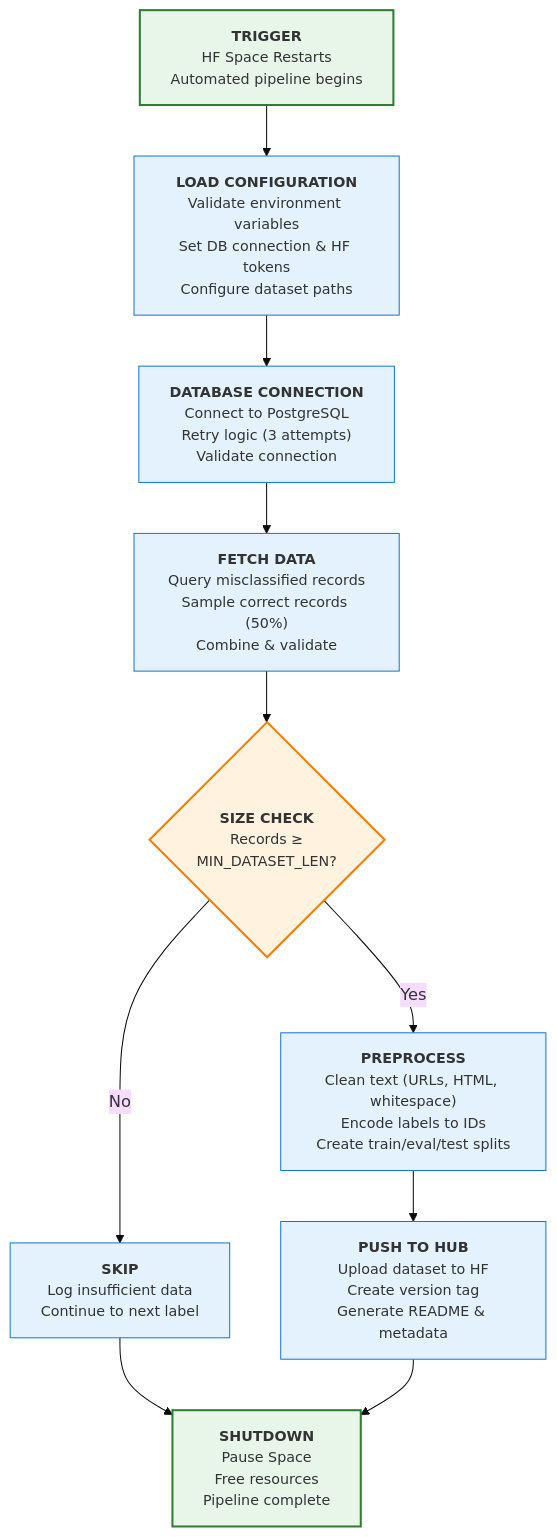
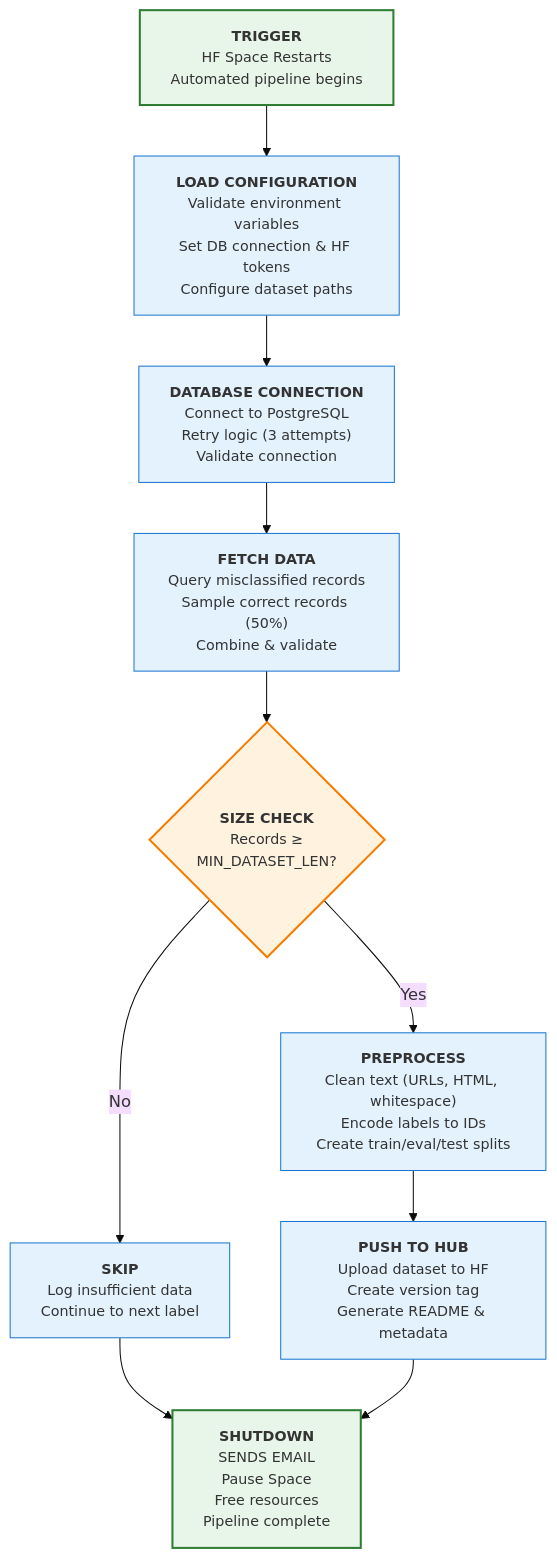
The first of 2 diagrams in docs/prepare_dataset.md (fuseai-fellowship/Sambodhan-AI-Powered-Grievance-Redressal-System-for-Local-Governance), drawn with Mermaid (base theme) before and after one commit. The commit also changed other lines of this file, not shown here.

````diff
--- a/docs/prepare_dataset.md
+++ b/docs/prepare_dataset.md
@@ -43,46 +45,46 @@
 ```mermaid
 flowchart TD
     %% Styling
     classDef processStyle fill:#e3f2fd,stroke:#1976d2,stroke-width:1px,font-size:14px
     classDef decisionStyle fill:#fff3e0,stroke:#f57c00,stroke-width:2px,font-size:14px
     classDef infraStyle fill:#e8f5e9,stroke:#2e7d32,stroke-width:2px,font-size:14px
     
     %% Nodes
     SpaceRestart["<b>TRIGGER</b><br/>HF Space Restarts<br/>Automated pipeline begins"]
     class SpaceRestart infraStyle
     
     LoadConfig["<b>LOAD CONFIGURATION</b><br/>Validate environment variables<br/>Set DB connection & HF tokens<br/>Configure dataset paths"]
     class LoadConfig processStyle
     
     DBConnect["<b>DATABASE CONNECTION</b><br/>Connect to PostgreSQL<br/>Retry logic (3 attempts)<br/>Validate connection"]
     class DBConnect processStyle
     
     FetchData["<b>FETCH DATA</b><br/>Query misclassified records<br/>Sample correct records (50%)<br/>Combine & validate"]
     class FetchData processStyle
     
     CheckSize{"<b>SIZE CHECK</b><br/>Records ≥<br/>MIN_DATASET_LEN?"}
     class CheckSize decisionStyle
     
     Preprocess["<b>PREPROCESS</b><br/>Clean text (URLs, HTML, whitespace)<br/>Encode labels to IDs<br/>Create train/eval/test splits"]
     class Preprocess processStyle
     
     PushHub["<b>PUSH TO HUB</b><br/>Upload dataset to HF<br/>Create version tag<br/>Generate README & metadata"]
     class PushHub processStyle
     
     Skip["<b>SKIP</b><br/>Log insufficient data<br/>Continue to next label"]
     class Skip processStyle
     
-    PauseSpace["<b>SHUTDOWN</b><br/>Pause Space<br/>Free resources<br/>Pipeline complete"]
+    PauseSpace["<b>SHUTDOWN</b><br/>SENDS EMAIL</br>Pause Space<br/>Free resources<br/>Pipeline complete"]
     class PauseSpace infraStyle
     
     %% Flow
     SpaceRestart --> LoadConfig
     LoadConfig --> DBConnect
     DBConnect --> FetchData
     FetchData --> CheckSize
     CheckSize -->|Yes| Preprocess
     CheckSize -->|No| Skip
     Preprocess --> PushHub
     Skip --> PauseSpace
     PushHub --> PauseSpace
 ```
````
